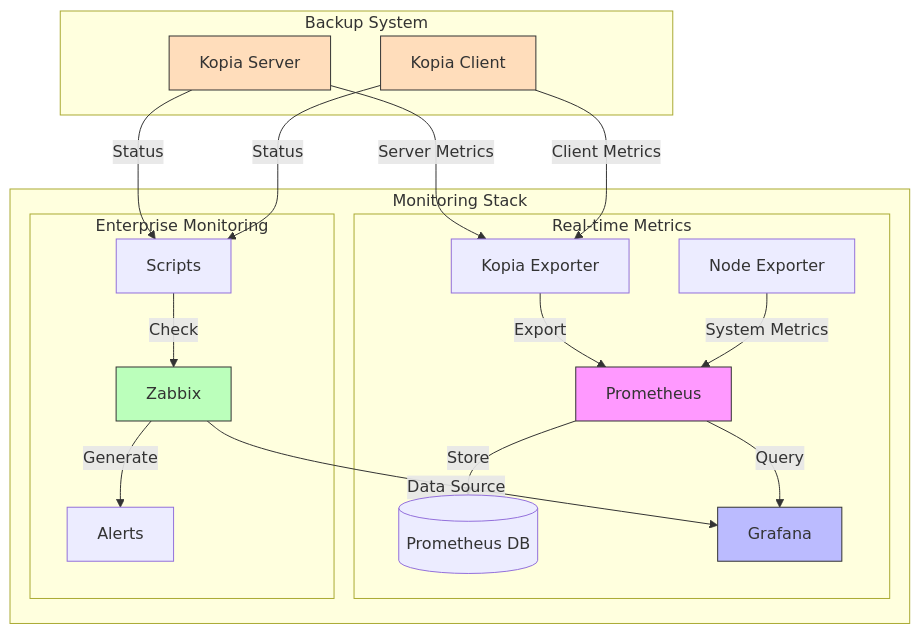
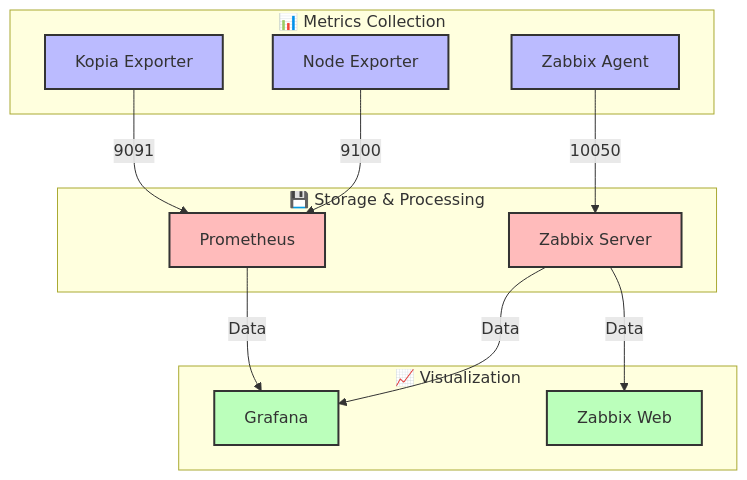
The first of 2 diagrams in monitoring/README.md (eblet/kopia-backup-run), drawn with Mermaid before and after one commit. The commit also changed other lines of this file and 2 other files, not shown here.

Commit message:
upd graphs

````diff
--- a/monitoring/README.md
+++ b/monitoring/README.md
@@ -12,33 +8,33 @@
 ```mermaid
 graph TB
-    subgraph "Backup System"
-        KS[Kopia Server]
-        KC[Kopia Client]
+    subgraph "📊 Metrics Collection"
+        KE[Kopia Exporter]
+        NE[Node Exporter]
+        ZA[Zabbix Agent]
     end
-
-    subgraph "Monitoring Stack"
-        subgraph "Real-time Metrics"
-            KE[Kopia Exporter] -->|Export| P[Prometheus]
-            NE[Node Exporter] -->|System Metrics| P
-            P -->|Store| PD[(Prometheus DB)]
-            P -->|Query| G[Grafana]
-        end
-
-        subgraph "Enterprise Monitoring"
-            ZS[Scripts] -->|Check| Z[Zabbix]
-            Z -->|Generate| ZA[Alerts]
-            Z -->|Data Source| G
-        end
+    
+    subgraph "💾 Storage & Processing"
+        P[Prometheus]
+        Z[Zabbix Server]
     end
-
-    KS -->|Server Metrics| KE
-    KC -->|Client Metrics| KE
-    KS -->|Status| ZS
-    KC -->|Status| ZS
-
-    style P fill:#f9f,stroke:#333
-    style G fill:#bbf,stroke:#333    
-    style Z fill:#bfb,stroke:#333
-    style KS fill:#fdb,stroke:#333
-    style KC fill:#fdb,stroke:#333
+    
+    subgraph "📈 Visualization"
+        G[Grafana]
+        ZW[Zabbix Web]
+    end
+    
+    KE -->|9091| P
+    NE -->|9100| P
+    ZA -->|10050| Z
+    P -->|Data| G
+    Z -->|Data| G
+    Z -->|Data| ZW
+    
+    classDef collectors fill:#bbf,stroke:#333,stroke-width:2px;
+    classDef storage fill:#fbb,stroke:#333,stroke-width:2px;
+    classDef viz fill:#bfb,stroke:#333,stroke-width:2px;
+    
+    class KE,NE,ZA collectors;
+    class P,Z storage;
+    class G,ZW viz;
 ```
````
